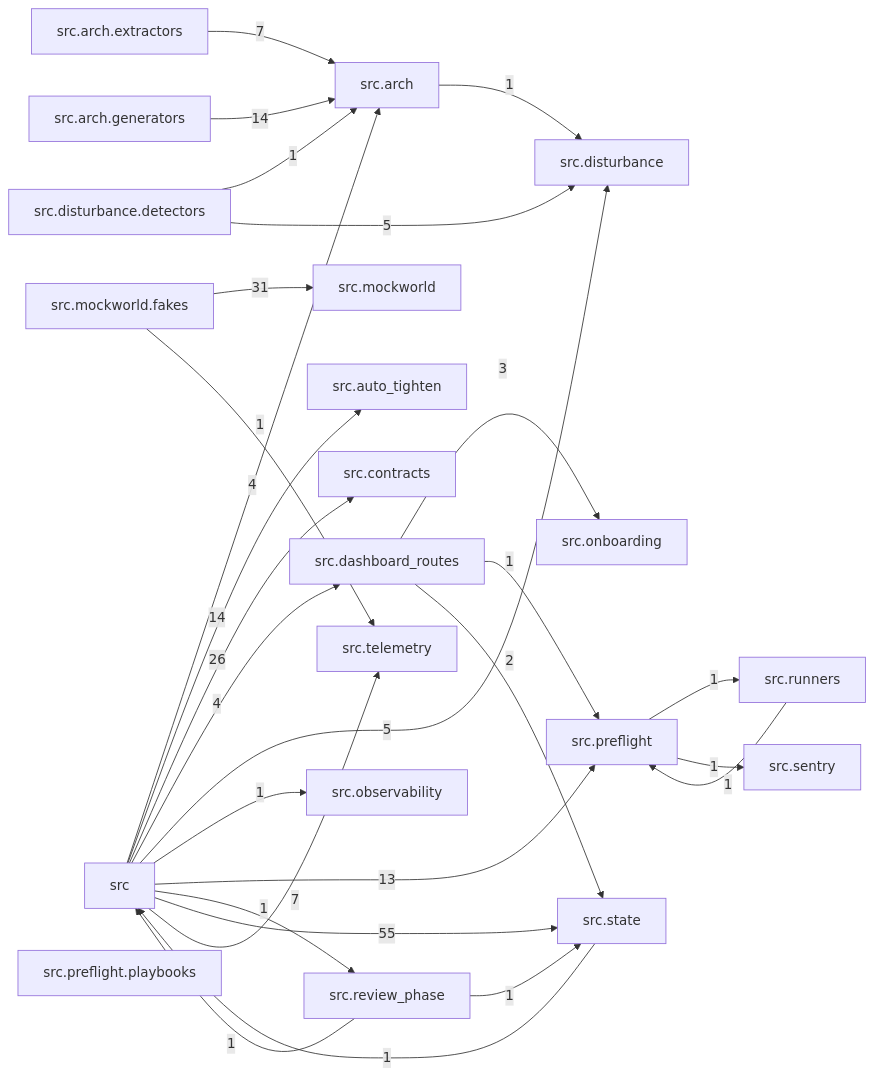
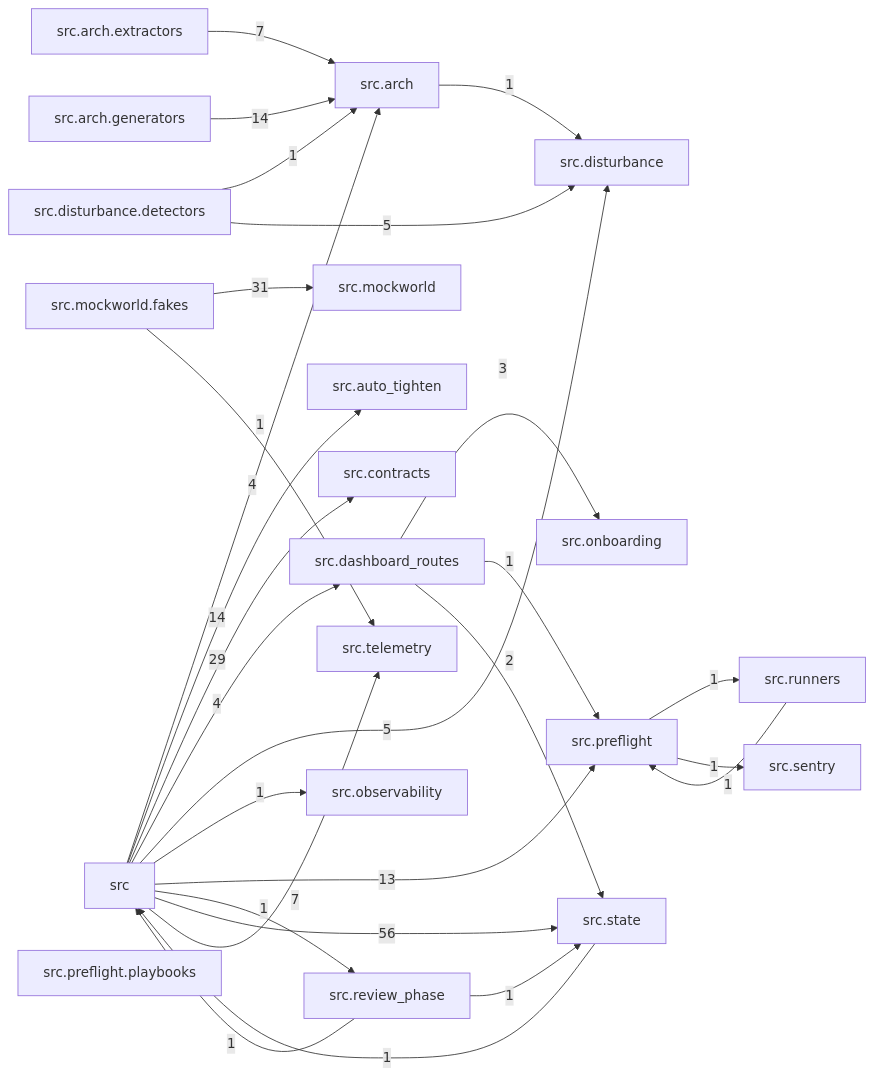
One commit to T-rav/hydraflow changed the diagram in docs/arch/generated/modules.md. Above: the diagram before and after it, drawn with Mermaid. The commit also changed 47 other files, not shown here.

````diff
--- a/docs/arch/generated/modules.md
+++ b/docs/arch/generated/modules.md
@@ -7,49 +7,49 @@
 ```mermaid
 graph LR
     src["src"]
     src_arch["src.arch"]
     src_arch_extractors["src.arch.extractors"]
     src_arch_generators["src.arch.generators"]
     src_auto_tighten["src.auto_tighten"]
     src_contracts["src.contracts"]
     src_dashboard_routes["src.dashboard_routes"]
     src_disturbance["src.disturbance"]
     src_disturbance_detectors["src.disturbance.detectors"]
     src_mockworld["src.mockworld"]
     src_mockworld_fakes["src.mockworld.fakes"]
     src_observability["src.observability"]
     src_onboarding["src.onboarding"]
     src_preflight["src.preflight"]
     src_preflight_playbooks["src.preflight.playbooks"]
     src_review_phase["src.review_phase"]
     src_runners["src.runners"]
     src_sentry["src.sentry"]
     src_state["src.state"]
     src_telemetry["src.telemetry"]
     src -- "4" --> src_arch
     src -- "14" --> src_auto_tighten
-    src -- "26" --> src_contracts
+    src -- "29" --> src_contracts
     src -- "4" --> src_dashboard_routes
     src -- "5" --> src_disturbance
     src -- "1" --> src_observability
     src -- "13" --> src_preflight
     src -- "1" --> src_review_phase
-    src -- "55" --> src_state
+    src -- "56" --> src_state
     src -- "7" --> src_telemetry
     src_arch -- "1" --> src_disturbance
     src_arch_extractors -- "7" --> src_arch
     src_arch_generators -- "14" --> src_arch
     src_dashboard_routes -- "3" --> src_onboarding
     src_dashboard_routes -- "1" --> src_preflight
     src_dashboard_routes -- "2" --> src_state
     src_disturbance_detectors -- "1" --> src_arch
     src_disturbance_detectors -- "5" --> src_disturbance
     src_mockworld_fakes -- "31" --> src_mockworld
     src_mockworld_fakes -- "1" --> src_telemetry
     src_preflight -- "1" --> src_runners
     src_preflight -- "1" --> src_sentry
     src_review_phase -- "1" --> src
     src_review_phase -- "1" --> src_state
     src_runners -- "1" --> src_preflight
     src_state -- "1" --> src
 ```
````
